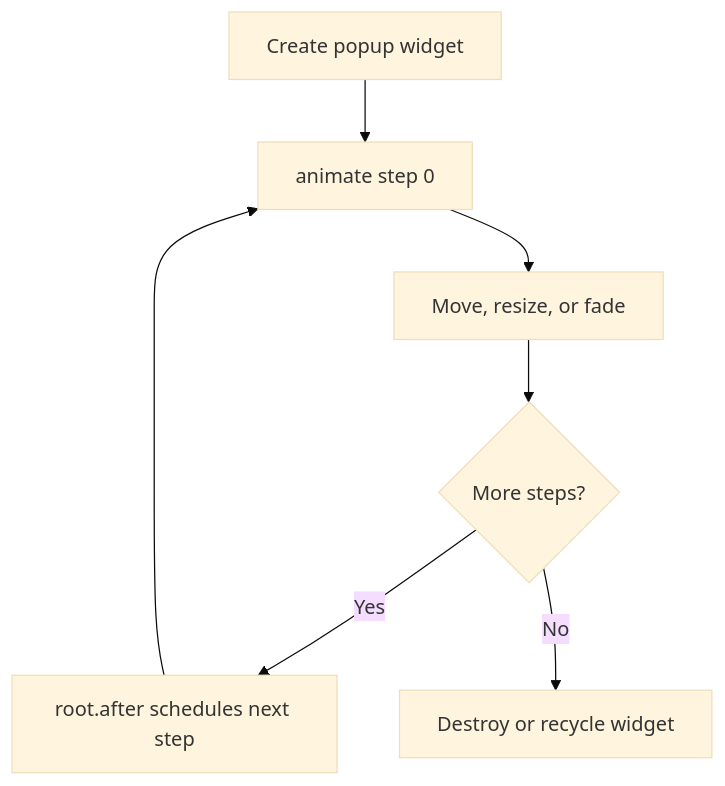
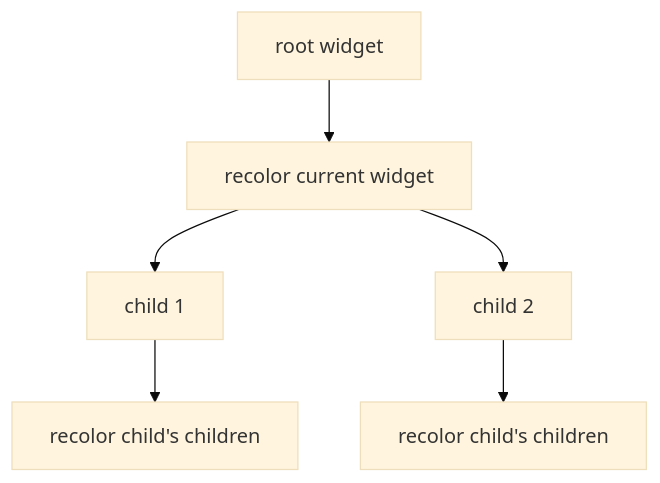
One commit to nimbold/LifeXP changed diagram 19 of 30 in docs/beginner-guide/03-advanced.md. Above: the diagram before and after it, drawn with Mermaid (base theme). The commit also changed other lines of this file, not shown here.

````diff
--- a/docs/beginner-guide/03-advanced.md
+++ b/docs/beginner-guide/03-advanced.md
@@ -527,9 +990,8 @@
 ```mermaid
 flowchart TD
-    A["Create popup widget"] --> B["animate step 0"]
-    B --> C["Move, resize, or fade"]
-    C --> D{"More steps?"}
-    D -->|Yes| E["root.after schedules next step"]
-    E --> B
-    D -->|No| F["Destroy or recycle widget"]
+    A["root widget"] --> B["recolor current widget"]
+    B --> C["child 1"]
+    B --> D["child 2"]
+    C --> E["recolor child's children"]
+    D --> F["recolor child's children"]
 ```
````
